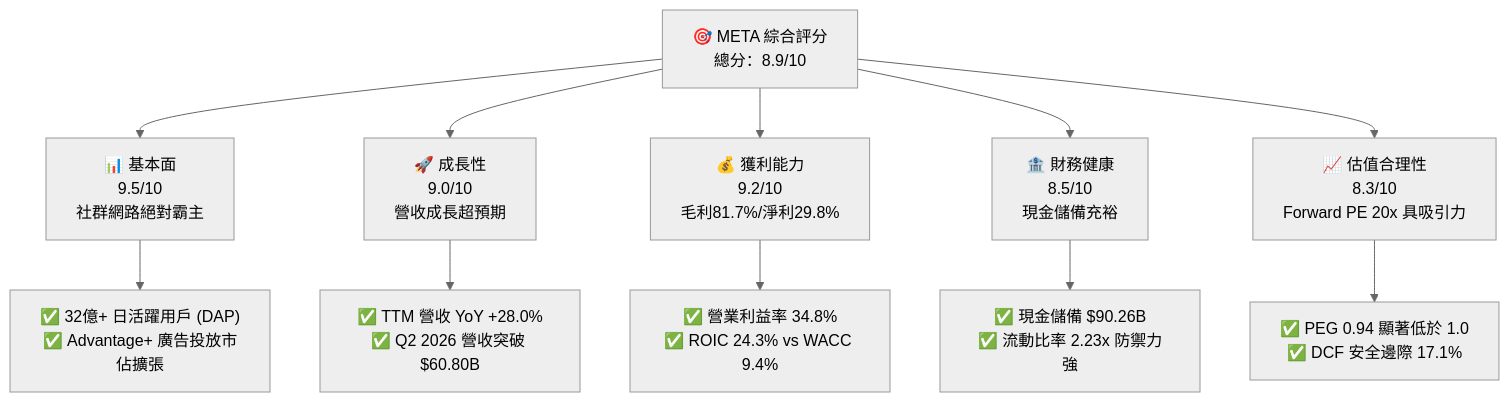
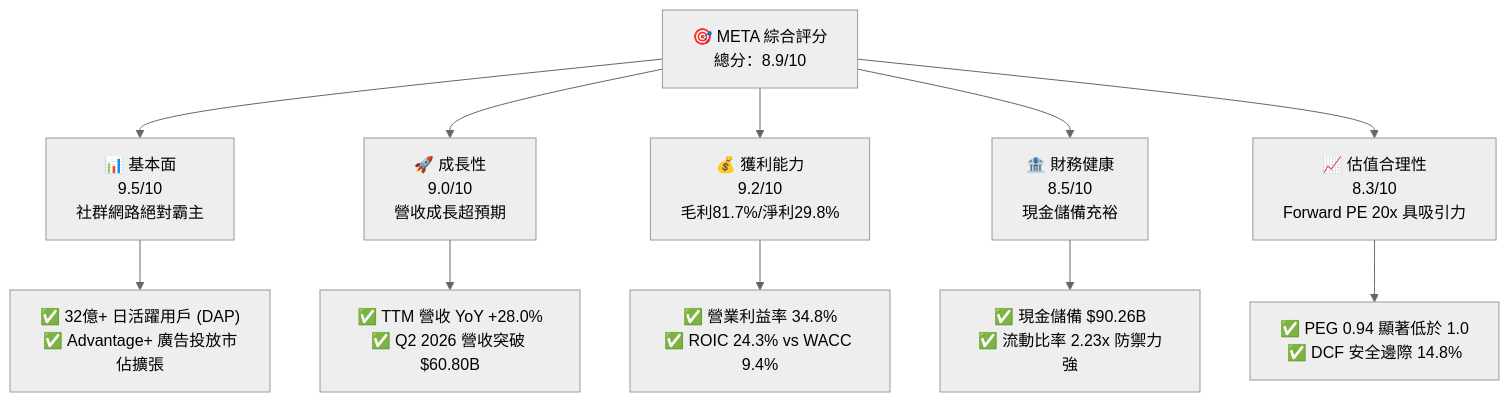
Before and after one commit to yennanliu/finance_data: the first of 15 diagrams in ai_gen_report/fundamental/meta/fundamental_analysis_2026-10-20_gemini.md, drawn with Mermaid (neutral theme). The commit also changed other lines of this file and 339 other files, not shown here.

````diff
--- a/ai_gen_report/fundamental/meta/fundamental_analysis_2026-10-20_gemini.md
+++ b/ai_gen_report/fundamental/meta/fundamental_analysis_2026-10-20_gemini.md
@@ -58,22 +65,22 @@
 ```mermaid
 graph TD
     TICKER["🎯 META 綜合評分<br/>總分：8.9/10"]
 
     F["📊 基本面<br/>9.5/10<br/>社群網路絕對霸主"]
     G["🚀 成長性<br/>9.0/10<br/>營收成長超預期"]
     P["💰 獲利能力<br/>9.2/10<br/>毛利81.7%/淨利29.8%"]
     B["🏦 財務健康<br/>8.5/10<br/>現金儲備充裕"]
     V["📈 估值合理性<br/>8.3/10<br/>Forward PE 20x 具吸引力"]
 
     TICKER --> F
     TICKER --> G
     TICKER --> P
     TICKER --> B
     TICKER --> V
 
     F --> F1["✅ 32億+ 日活躍用戶 (DAP)<br/>✅ Advantage+ 廣告投放市佔擴張"]
     G --> G1["✅ TTM 營收 YoY +28.0%<br/>✅ Q2 2026 營收突破 $60.80B"]
     P --> P1["✅ 營業利益率 34.8%<br/>✅ ROIC 24.3% vs WACC 9.4%"]
     B --> B1["✅ 現金儲備 $90.26B<br/>✅ 流動比率 2.23x 防禦力強"]
-    V --> V1["✅ PEG 0.94 顯著低於 1.0<br/>✅ DCF 安全邊際 17.1%"]
+    V --> V1["✅ PEG 0.94 顯著低於 1.0<br/>✅ DCF 安全邊際 14.8%"]
 ```
````
